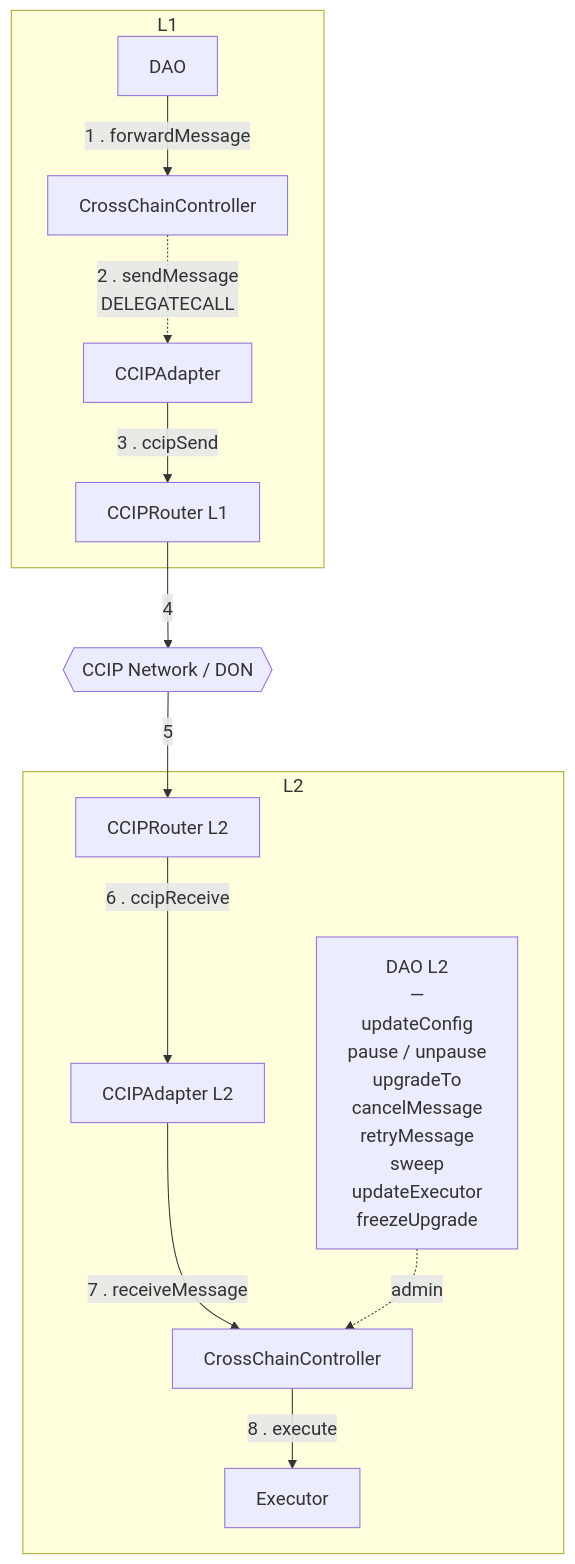
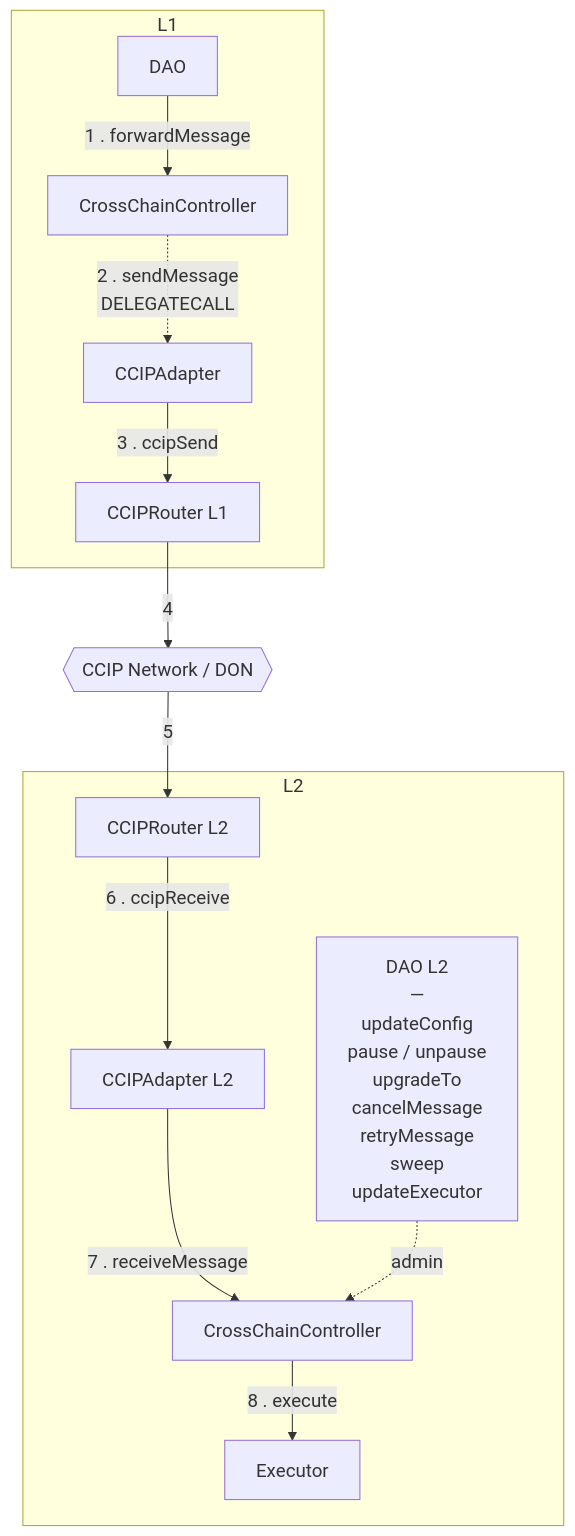
Before and after one commit to giorgilagidze/ccip: the diagram in specs/SPEC.md, drawn with Mermaid. The commit also changed other lines of this file and 5 other files, not shown here.

Commit message:
remove freeze upgrade

````diff
--- a/specs/SPEC.md
+++ b/specs/SPEC.md
@@ -62,30 +62,30 @@
 ```mermaid
 %%{init: {"themeVariables": {"fontSize": "18px"}}}%%
 flowchart TB
   subgraph L1
     DAO[DAO]
     CCC1[CrossChainController]
     ADP1[CCIPAdapter]
     ROUTER1[CCIPRouter L1]
   end
 
   CCIP{{CCIP Network / DON}}
 
   subgraph L2
     ROUTER2[CCIPRouter L2]
     ADP2[CCIPAdapter L2]
     CCC2[CrossChainController]
-    DAO2["DAO L2<br/>—<br/>updateConfig<br/>pause / unpause<br/>upgradeTo<br/>cancelMessage<br/>retryMessage<br/>sweep<br/>updateExecutor<br/>freezeUpgrade"]
+    DAO2["DAO L2<br/>—<br/>updateConfig<br/>pause / unpause<br/>upgradeTo<br/>cancelMessage<br/>retryMessage<br/>sweep<br/>updateExecutor"]
     EXEC[Executor]
   end
 
   DAO -->|1 . forwardMessage| CCC1
   CCC1 -.->|2 . sendMessage<br/>DELEGATECALL| ADP1
   ADP1 -->|3 . ccipSend| ROUTER1
   ROUTER1 -->|4| CCIP
   CCIP -->|5| ROUTER2
   ROUTER2 -->|6 . ccipReceive| ADP2
   ADP2 -->|7 . receiveMessage| CCC2
   CCC2 -->|8 . execute| EXEC
   DAO2 -.->|admin| CCC2
 ```
````
